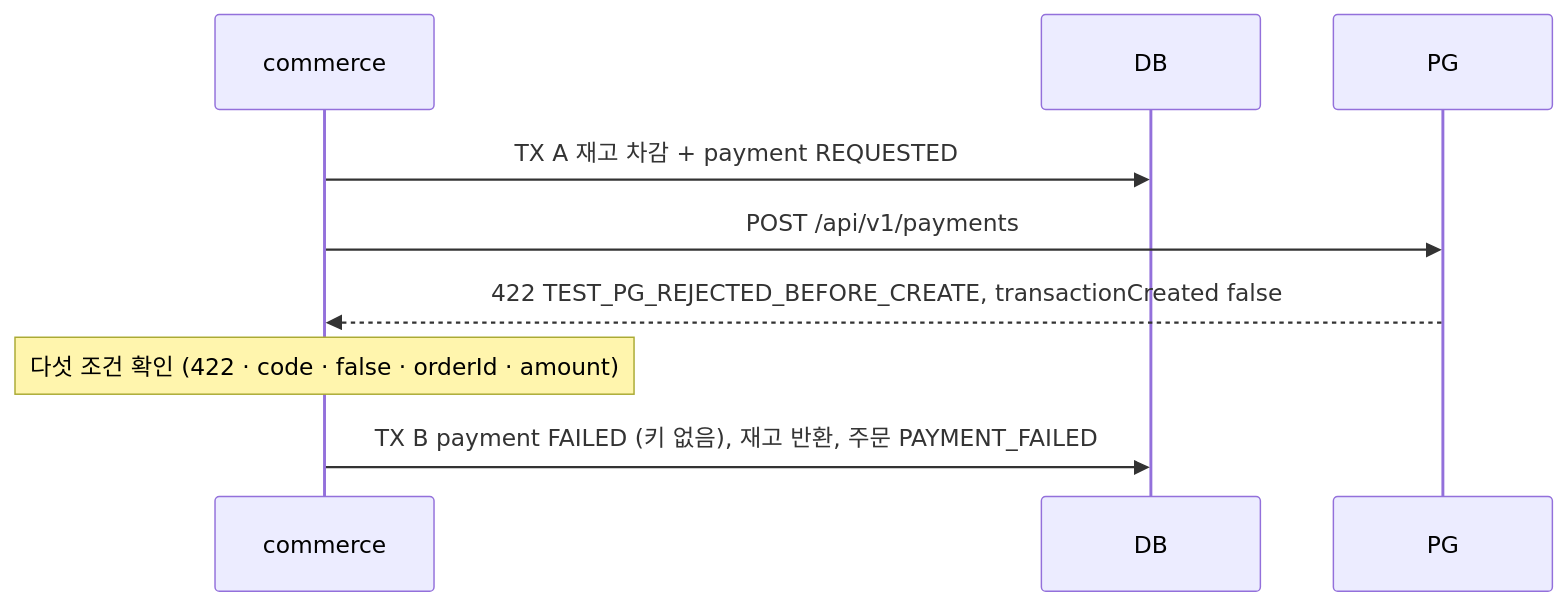
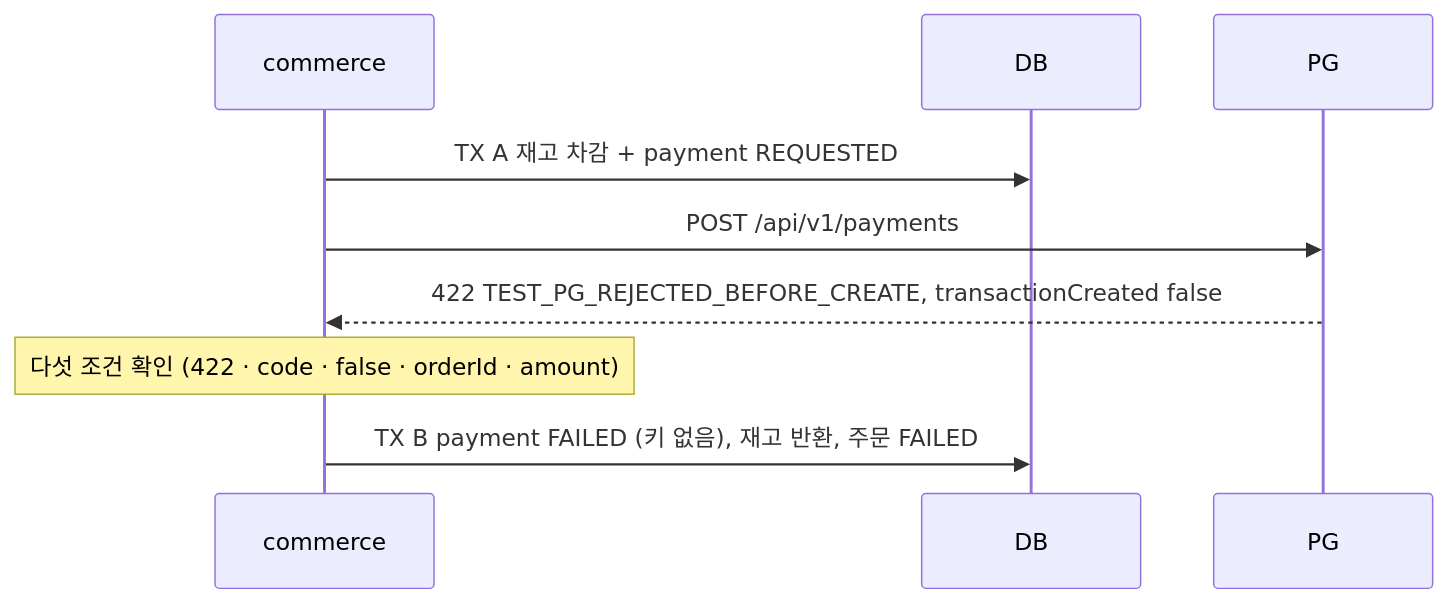
Before and after one commit to loopers-labs/loop-pack-be-l2-vol5-java: the fourth of 9 diagrams in docs/week5/design.md, drawn with Mermaid. The commit also changed other lines of this file and 24 other files, not shown here.

````diff
--- a/docs/week5/design.md
+++ b/docs/week5/design.md
@@ -329,11 +344,11 @@
 ```mermaid
 sequenceDiagram
     participant A as commerce
     participant DB
     participant PG
     A->>DB: TX A 재고 차감 + payment REQUESTED
     A->>PG: POST /api/v1/payments
     PG-->>A: 422 TEST_PG_REJECTED_BEFORE_CREATE, transactionCreated false
     Note over A: 다섯 조건 확인 (422 · code · false · orderId · amount)
-    A->>DB: TX B payment FAILED (키 없음), 재고 반환, 주문 PAYMENT_FAILED
+    A->>DB: TX B payment FAILED (키 없음), 재고 반환, 주문 FAILED
 ```
````
